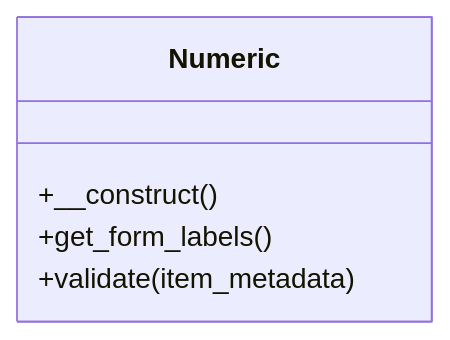
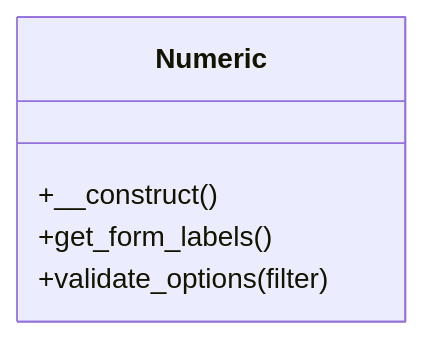
Before and after one commit to tainacan/tainacan: the diagram in docs/phpdoc/classes/Tainacan/Filter_Types/Numeric.md, drawn with Mermaid. The commit also changed 100 other files, not shown here.

````diff
--- a/docs/phpdoc/classes/Tainacan/Filter_Types/Numeric.md
+++ b/docs/phpdoc/classes/Tainacan/Filter_Types/Numeric.md
@@ -12,9 +12,9 @@
 ```mermaid
 classDiagram
     direction TB
     class Numeric {
         +__construct()
         +get_form_labels()
-        +validate(item_metadata)
+        +validate_options(filter)
     }
 ```
````
